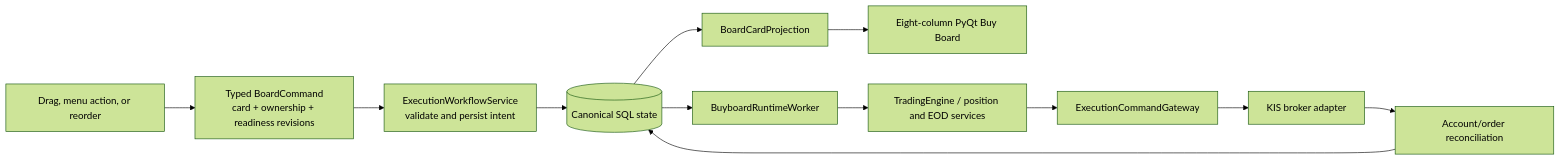
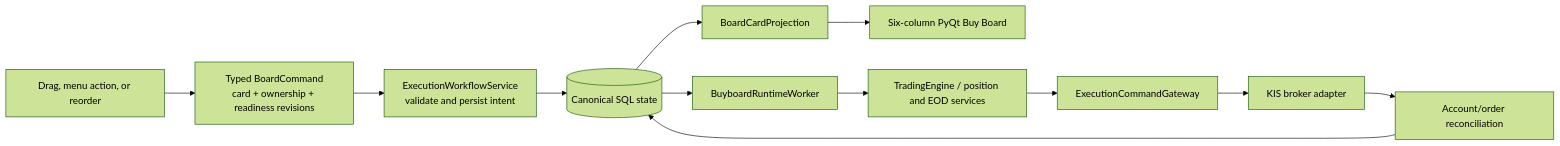
The third of 3 diagrams in PROJECT_ARCHITECTURE.md (cafe-auvers/quant_app), drawn with Mermaid (forest theme) before and after one commit. The commit also changed other lines of this file and 49 other files, not shown here.

Commit message:
Move ORB planning into Buy Board

````diff
--- a/PROJECT_ARCHITECTURE.md
+++ b/PROJECT_ARCHITECTURE.md
@@ -256,14 +255,14 @@
 ```mermaid
 flowchart LR
     Gesture[Drag, menu action, or reorder] --> Command[Typed BoardCommand\ncard + ownership + readiness revisions]
     Command --> Workflow[ExecutionWorkflowService\nvalidate and persist intent]
     Workflow --> DB[(Canonical SQL state)]
     DB --> Projection[BoardCardProjection]
-    Projection --> UI[Eight-column PyQt Buy Board]
+    Projection --> UI[Six-column PyQt Buy Board]
     DB --> Runtime[BuyboardRuntimeWorker]
     Runtime --> Engine[TradingEngine / position and EOD services]
     Engine --> Gateway[ExecutionCommandGateway]
     Gateway --> Broker[KIS broker adapter]
     Broker --> Reconcile[Account/order reconciliation]
     Reconcile --> DB
 ```
````
